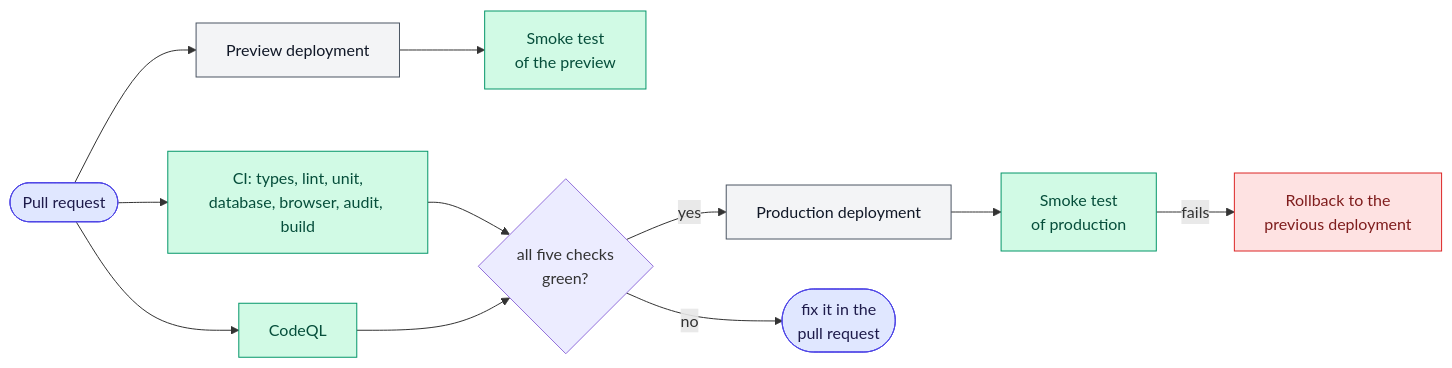
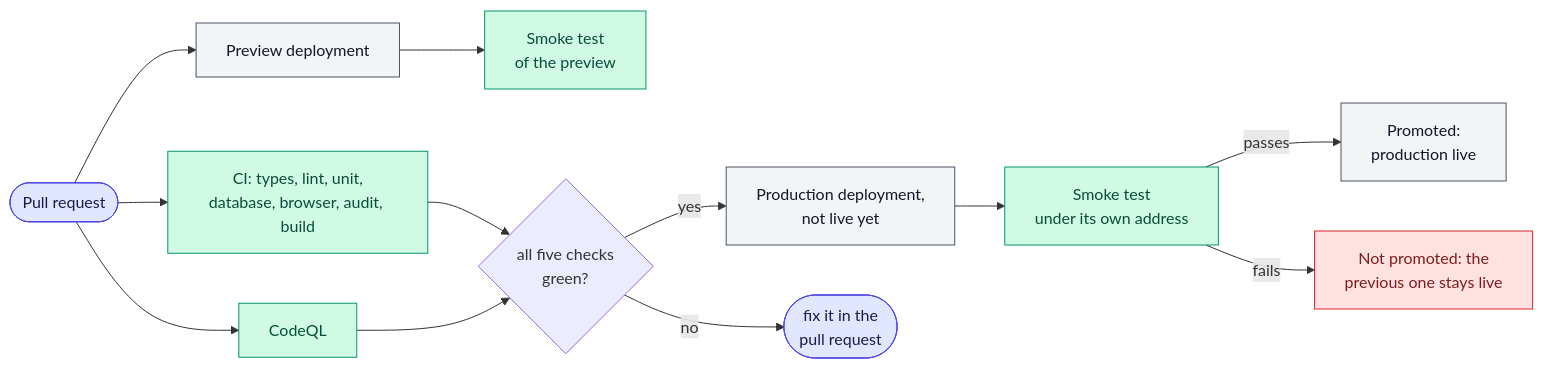
One commit to tomdevtech/ExoFinder changed the second of 3 diagrams in docs/TESTING.md. Above: the diagram before and after it, drawn with Mermaid. The commit also changed other lines of this file and 123 other files, not shown here.

````diff
--- a/docs/TESTING.md
+++ b/docs/TESTING.md
@@ -78,16 +78,17 @@
 ```mermaid
 flowchart LR
     PR([Pull request]):::change --> CI[CI: types, lint, unit,<br>database, browser, audit, build]:::check
     PR --> CQ[CodeQL]:::check
     PR --> Prev[Preview deployment]:::vercel --> SP[Smoke test<br>of the preview]:::check
     CI --> Merge{all five checks<br>green?}
     CQ --> Merge
-    Merge -->|yes| Prod[Production deployment]:::vercel --> SProd[Smoke test<br>of production]:::check
+    Merge -->|yes| Prod[Production deployment,<br>not live yet]:::vercel --> SProd[Smoke test<br>under its own address]:::check
     Merge -->|no| Fix([fix it in the<br>pull request]):::change
-    SProd -->|fails| RB[Rollback to the<br>previous deployment]:::alarm
+    SProd -->|passes| Live[Promoted:<br>production live]:::vercel
+    SProd -->|fails| RB[Not promoted: the<br>previous one stays live]:::alarm
 
     classDef change fill:#e0e7ff,stroke:#4f46e5,color:#1e1b4b
     classDef check fill:#d1fae5,stroke:#059669,color:#064e3b
     classDef vercel fill:#f3f4f6,stroke:#4b5563,color:#111827
     classDef alarm fill:#fee2e2,stroke:#dc2626,color:#7f1d1d
 ```
````
